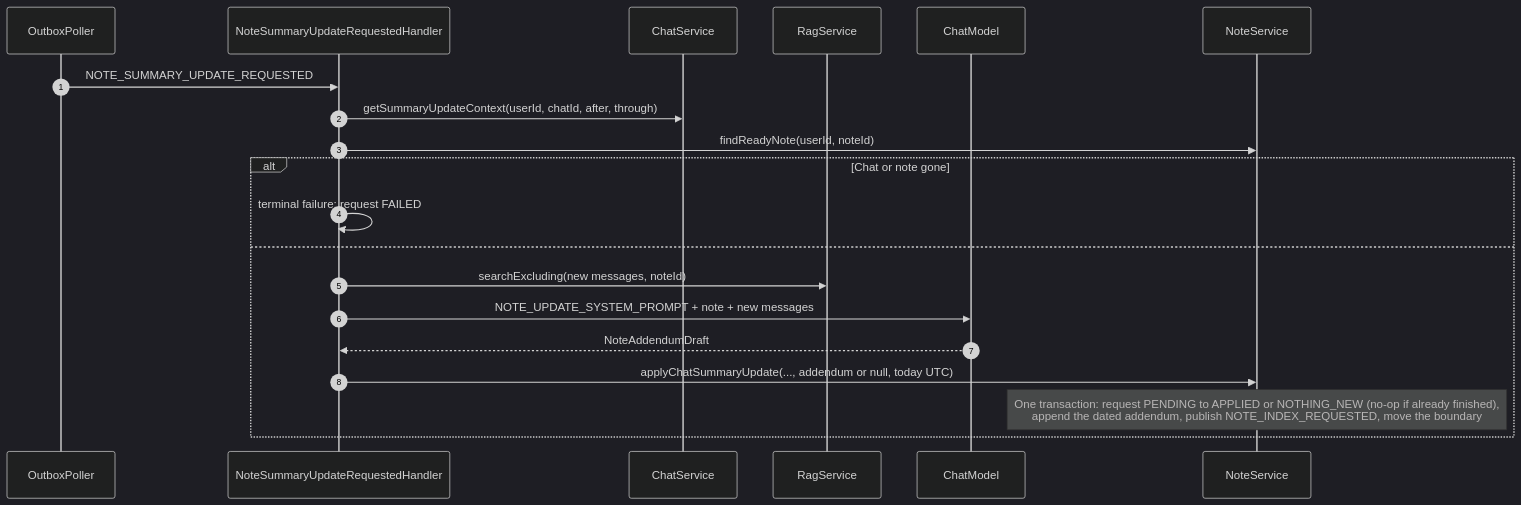
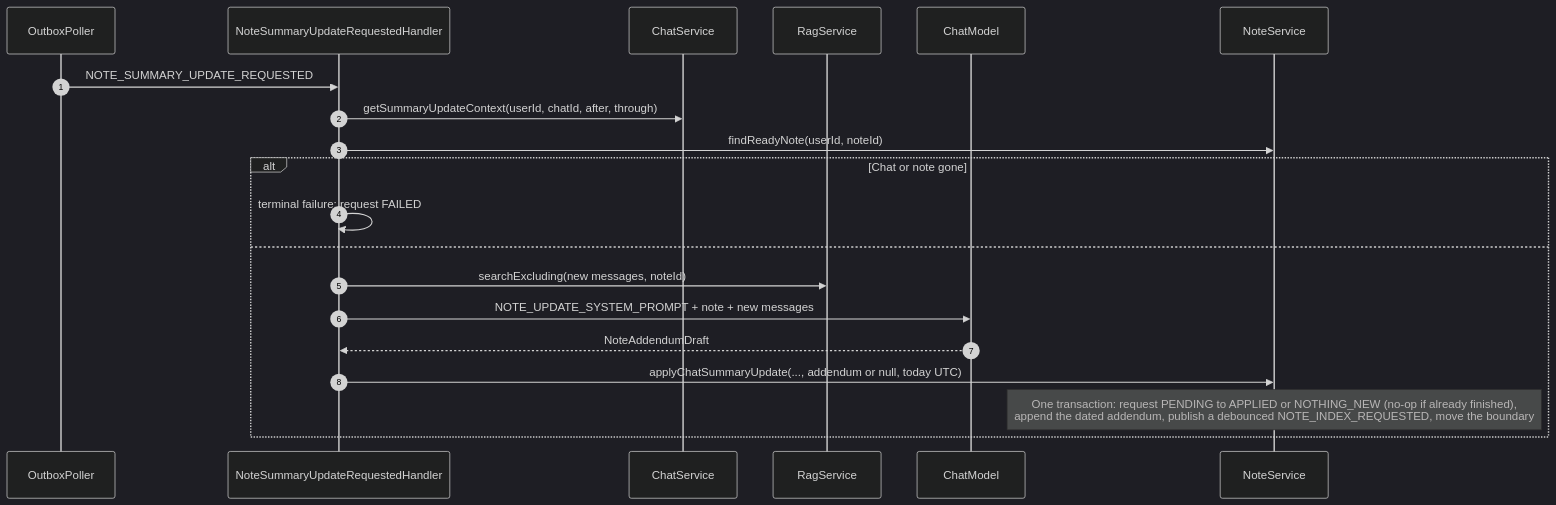
Before and after one commit to sokolov-r-u/uliss: the seventh of 10 diagrams in module/note/note-app/REQUEST_FLOWS.md, drawn with Mermaid (dark theme). The commit also changed other lines of this file and 35 other files, not shown here.

````diff
--- a/module/note/note-app/REQUEST_FLOWS.md
+++ b/module/note/note-app/REQUEST_FLOWS.md
@@ -359,22 +359,22 @@
 ```mermaid
 sequenceDiagram
     autonumber
     participant P as OutboxPoller
     participant UH as NoteSummaryUpdateRequestedHandler
     participant CS as ChatService
     participant RS as RagService
     participant M as ChatModel
     participant NS as NoteService
     P ->> UH: NOTE_SUMMARY_UPDATE_REQUESTED
     UH ->> CS: getSummaryUpdateContext(userId, chatId, after, through)
     UH ->> NS: findReadyNote(userId, noteId)
     alt Chat or note gone
         UH ->> UH: terminal failure: request FAILED
     else
         UH ->> RS: searchExcluding(new messages, noteId)
         UH ->> M: NOTE_UPDATE_SYSTEM_PROMPT + note + new messages
         M -->> UH: NoteAddendumDraft
         UH ->> NS: applyChatSummaryUpdate(..., addendum or null, today UTC)
-        Note over NS: One transaction: request PENDING to APPLIED or NOTHING_NEW (no-op if already finished),<br/>append the dated addendum, publish NOTE_INDEX_REQUESTED, move the boundary
+        Note over NS: One transaction: request PENDING to APPLIED or NOTHING_NEW (no-op if already finished),<br/>append the dated addendum, publish a debounced NOTE_INDEX_REQUESTED, move the boundary
     end
 ```
````
